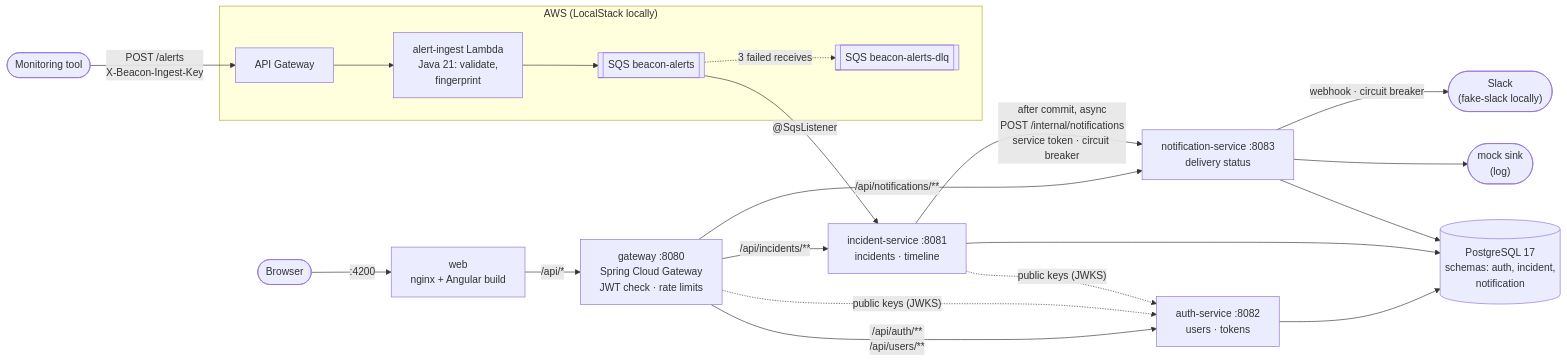
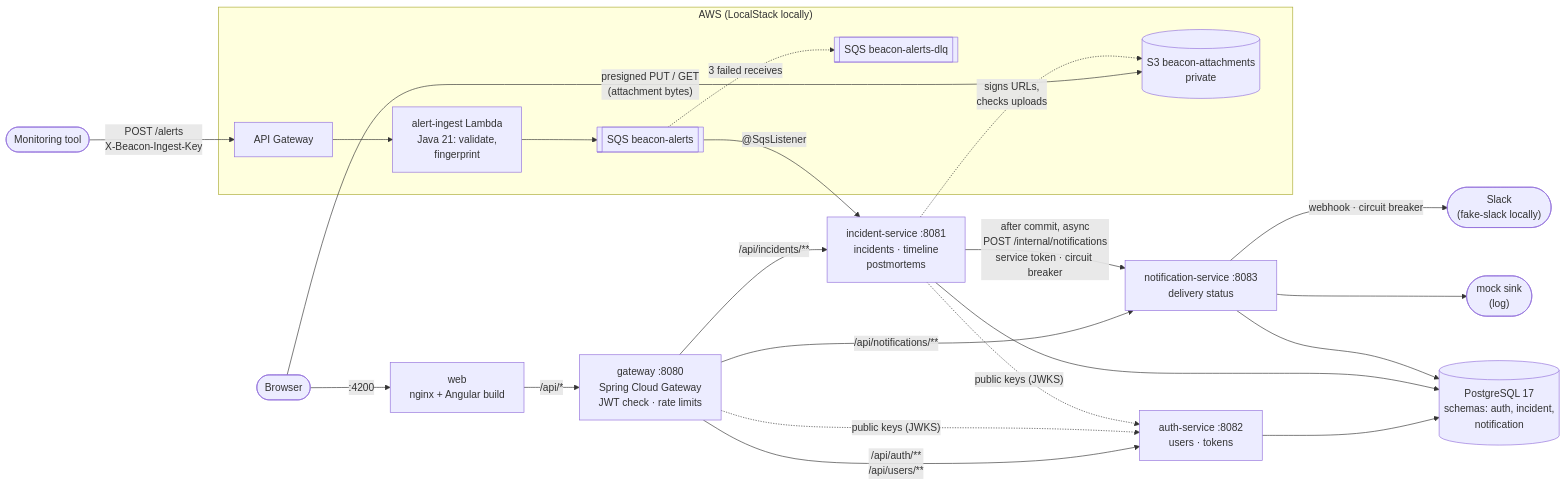
The first of 6 diagrams in README.md (n1tishc/beacon), drawn with Mermaid before and after one commit. The commit also changed other lines of this file and 60 other files, not shown here.

First line of the commit message:
Slice 6: postmortems with S3 presigned uploads

````diff
--- a/README.md
+++ b/README.md
@@ -24,23 +24,26 @@
 ```mermaid
 flowchart LR
     monitor([Monitoring tool]) -->|"POST /alerts<br/>X-Beacon-Ingest-Key"| apigw
     subgraph aws["AWS (LocalStack locally)"]
         apigw["API Gateway"] --> lambda["alert-ingest Lambda<br/>Java 21: validate,<br/>fingerprint"]
         lambda --> sqs[["SQS beacon-alerts"]]
         sqs -.->|"3 failed receives"| dlq[["SQS beacon-alerts-dlq"]]
+        s3[("S3 beacon-attachments<br/>private")]
     end
+    browser -->|"presigned PUT / GET<br/>(attachment bytes)"| s3
+    incident -.->|"signs URLs,<br/>checks uploads"| s3
     sqs -->|"@SqsListener"| incident
     browser([Browser]) -->|":4200"| web["web<br/>nginx + Angular build"]
     web -->|"/api/*"| gateway["gateway :8080<br/>Spring Cloud Gateway<br/>JWT check · rate limits"]
     gateway -->|"/api/auth/**<br/>/api/users/**"| auth["auth-service :8082<br/>users · tokens"]
-    gateway -->|"/api/incidents/**"| incident["incident-service :8081<br/>incidents · timeline"]
+    gateway -->|"/api/incidents/**"| incident["incident-service :8081<br/>incidents · timeline<br/>postmortems"]
     gateway -->|"/api/notifications/**"| notification["notification-service :8083<br/>delivery status"]
     incident -->|"after commit, async<br/>POST /internal/notifications<br/>service token · circuit breaker"| notification
     notification -->|"webhook · circuit breaker"| slack(["Slack<br/>(fake-slack locally)"])
     notification --> mock(["mock sink<br/>(log)"])
     gateway -.->|"public keys (JWKS)"| auth
     incident -.->|"public keys (JWKS)"| auth
     auth --> pg[("PostgreSQL 17<br/>schemas: auth, incident,<br/>notification")]
     incident --> pg
     notification --> pg
 ```
````
